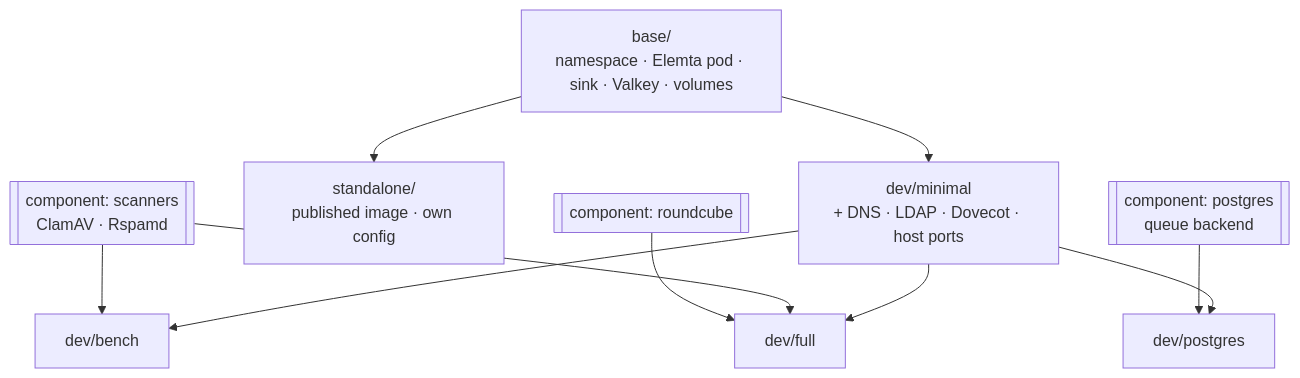
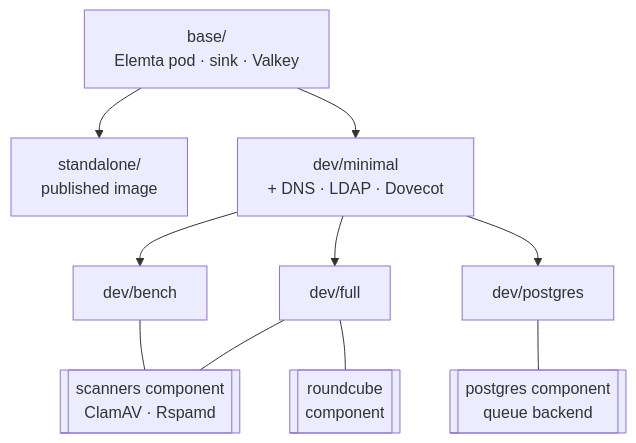
Before and after one commit to EvalAlan/elemta: the diagram in docs/diagrams/kubernetes-overlays.mmd, drawn with Mermaid. The commit also changed 18 other files, not shown here.

First line of the commit message:
Docs: redraw the diagrams to read top to bottom

```diff
--- a/docs/diagrams/kubernetes-overlays.mmd
+++ b/docs/diagrams/kubernetes-overlays.mmd
@@ -1,17 +1,17 @@
 flowchart TB
-    base["base/<br/>namespace · Elemta pod · sink · Valkey · volumes"]
-    minimal["dev/minimal<br/>+ DNS · LDAP · Dovecot · host ports"]
+    base["base/<br/>Elemta pod · sink · Valkey"]
+    standalone["standalone/<br/>published image"]
+    minimal["dev/minimal<br/>+ DNS · LDAP · Dovecot"]
+    base --> standalone
+    base --> minimal
     full["dev/full"]
     bench["dev/bench"]
     postgres["dev/postgres"]
-    standalone["standalone/<br/>published image · own config"]
-    scanners[["component: scanners<br/>ClamAV · Rspamd"]]
-    roundcube[["component: roundcube"]]
-    pgc[["component: postgres<br/>queue backend"]]
-
-    base --> minimal
-    base --> standalone
     minimal --> full & bench & postgres
-    scanners --> full & bench
-    roundcube --> full
-    pgc --> postgres
+    scanners[["scanners component<br/>ClamAV · Rspamd"]]
+    roundcube[["roundcube<br/>component"]]
+    pgc[["postgres component<br/>queue backend"]]
+    full --- scanners
+    full --- roundcube
+    bench --- scanners
+    postgres --- pgc
```
